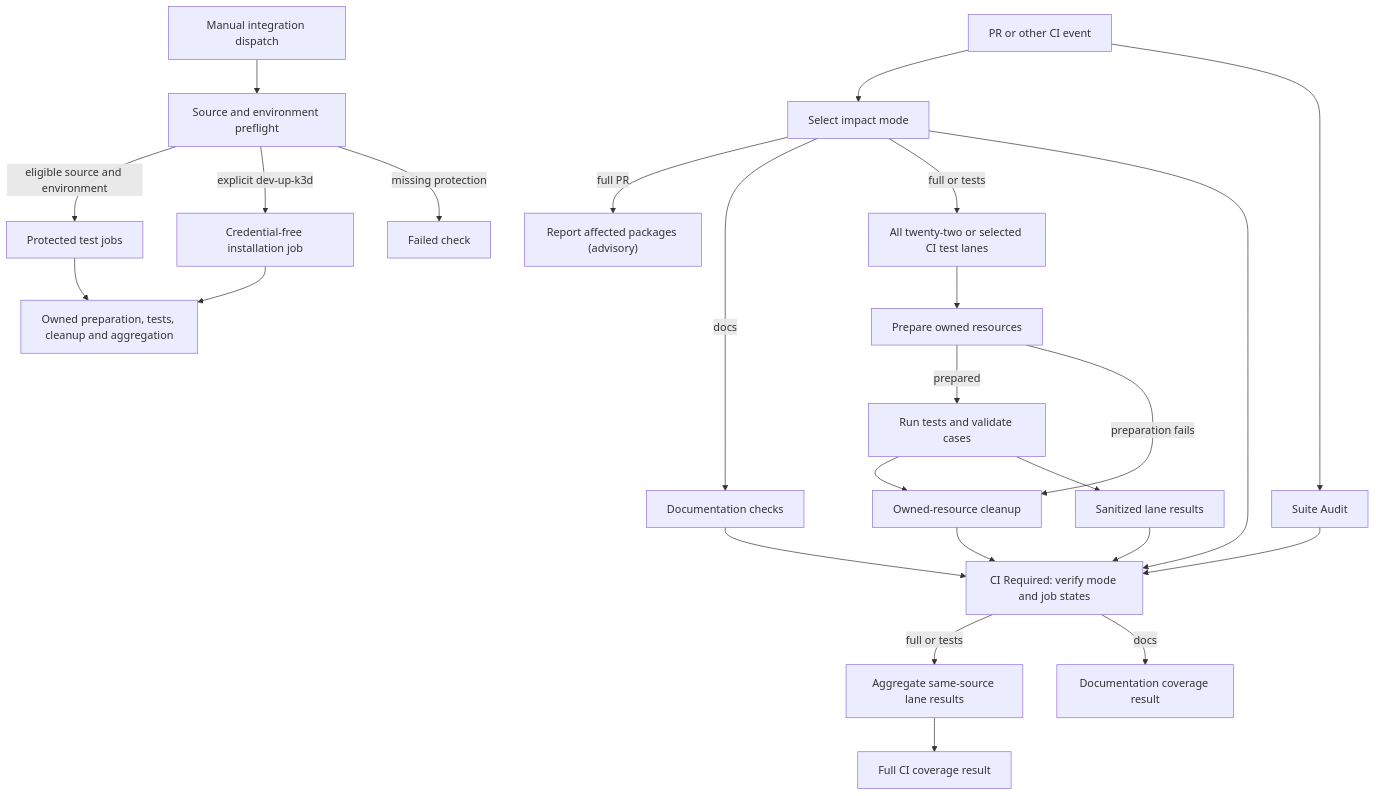
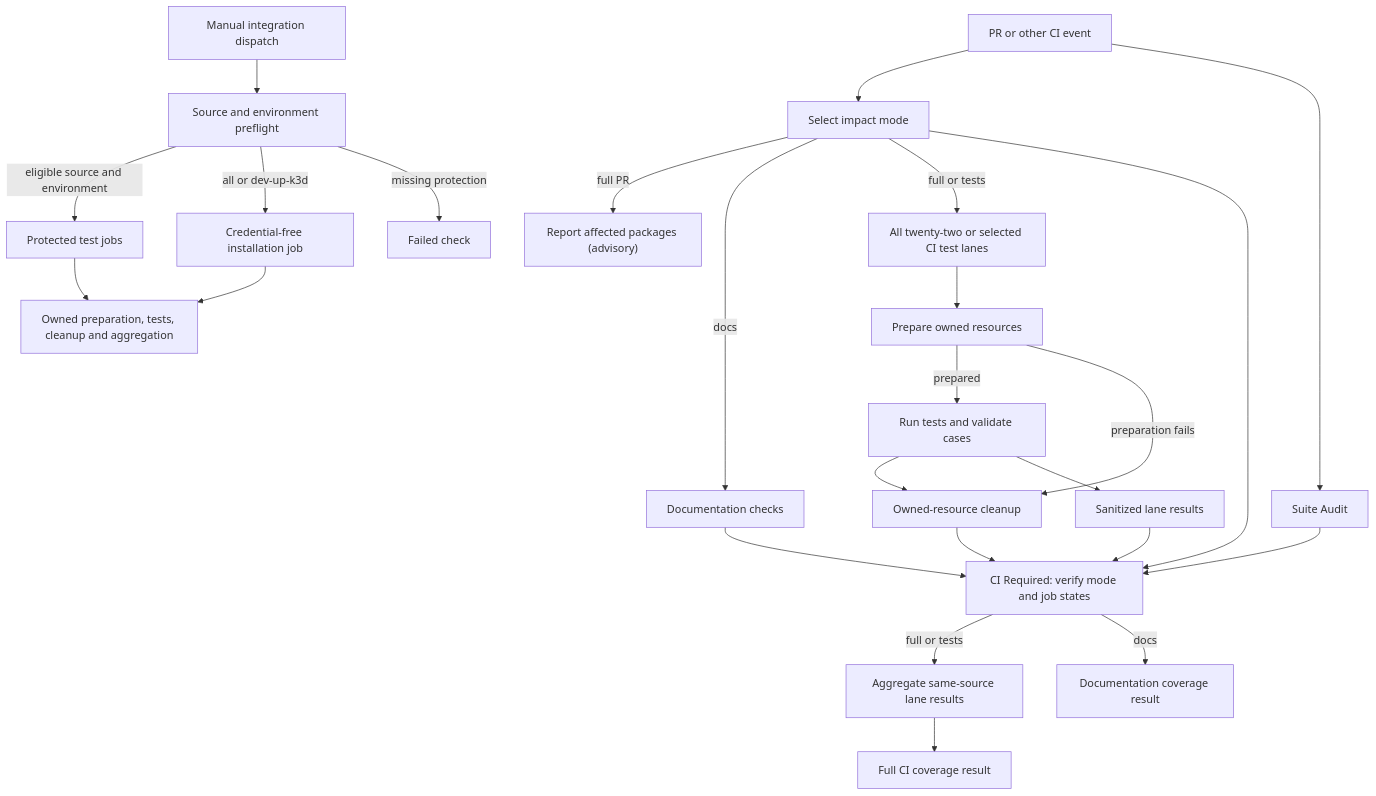
One commit to openclaw/openclaw-enterprise changed the diagram in docs/flows/github-actions-testing.md. Above: the diagram before and after it, drawn with Mermaid. The commit also changed other lines of this file and 7 other files, not shown here.

````diff
--- a/docs/flows/github-actions-testing.md
+++ b/docs/flows/github-actions-testing.md
@@ -21,27 +21,27 @@
 ```mermaid
 graph TD
   A["PR or other CI event"] --> S["Select impact mode"]
   A --> N["Suite Audit"]
   S -->|full PR| Q["Report affected packages (advisory)"]
   S -->|docs| D["Documentation checks"]
   S -->|full or tests| B["All twenty-two or selected CI test lanes"]
   B --> F["Prepare owned resources"]
   F -->|prepared| H["Run tests and validate cases"]
   F -->|preparation fails| J["Owned-resource cleanup"]
   H --> J
   H --> K["Sanitized lane results"]
   J --> G["CI Required: verify mode and job states"]
   S --> G
   N --> G
   D --> G
   K --> G
   G -->|full or tests| L["Aggregate same-source lane results"]
   G -->|docs| M["Documentation coverage result"]
   L --> R["Full CI coverage result"]
   C["Manual integration dispatch"] --> P["Source and environment preflight"]
   P -->|eligible source and environment| E["Protected test jobs"]
-  P -->|explicit dev-up-k3d| U["Credential-free installation job"]
+  P -->|all or dev-up-k3d| U["Credential-free installation job"]
   U --> T
   P -->|missing protection| X["Failed check"]
   E --> T["Owned preparation, tests, cleanup and aggregation"]
 ```
````
